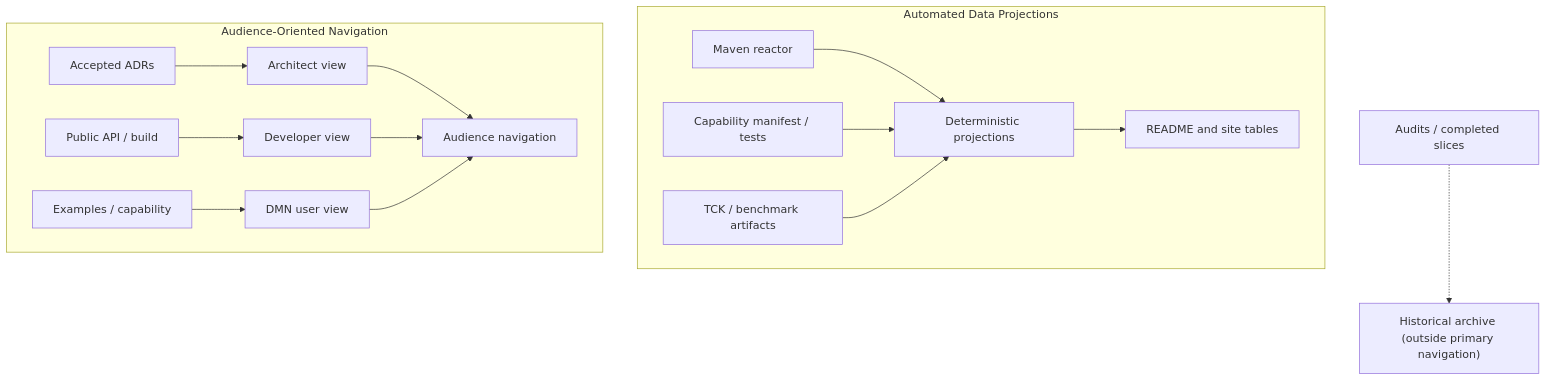
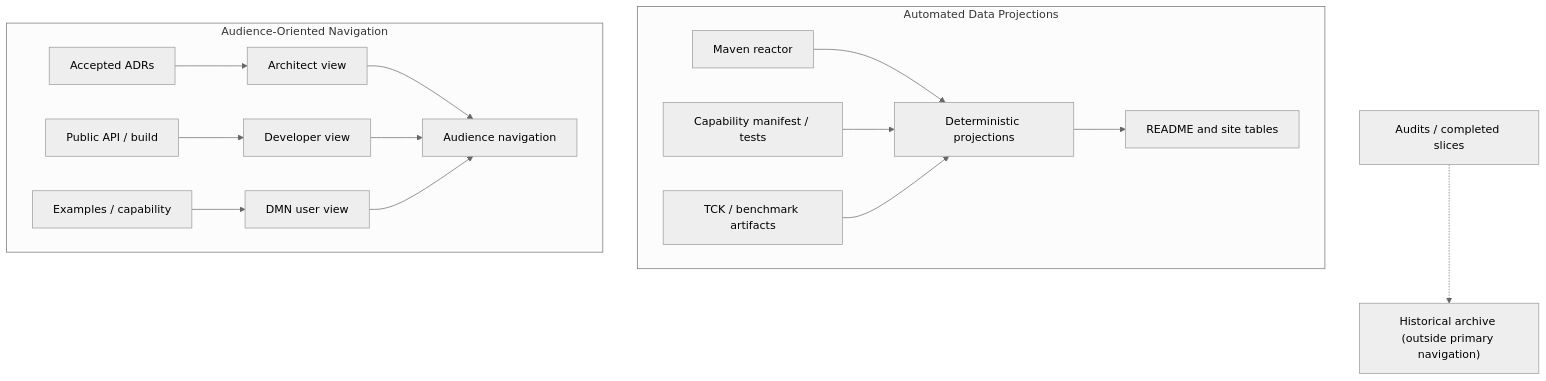
One commit to finmsg-io/dmn-compiler-toolkit changed the diagram in docs/improvements/examples/documentation-positioning/design.md. Above: the diagram before and after it, drawn with Mermaid. The commit also changed 49 other files, not shown here.

Commit message:
docs: enforce native neutral grey theme for GitHub Mermaid rendering

````diff
--- a/docs/improvements/examples/documentation-positioning/design.md
+++ b/docs/improvements/examples/documentation-positioning/design.md
@@ -12,18 +12,19 @@
 ```mermaid
+%%{init: {'theme':'neutral'}}%%
 flowchart TD
     subgraph DataProjections["Automated Data Projections"]
         Reactor["Maven reactor"] --> Proj["Deterministic projections"]
         Manifest["Capability manifest / tests"] --> Proj
         TCK["TCK / benchmark artifacts"] --> Proj
         Proj --> Tables["README and site tables"]
     end
     subgraph AudienceViews["Audience-Oriented Navigation"]
         ADRs["Accepted ADRs"] --> ArchView["Architect view"]
         API["Public API / build"] --> DevView["Developer view"]
         Examples["Examples / capability"] --> UserView["DMN user view"]
         ArchView --> Nav["Audience navigation"]
         DevView --> Nav
         UserView --> Nav
     end
     Audits["Audits / completed slices"] -.-> Archive["Historical archive (outside primary navigation)"]
 ```
````
